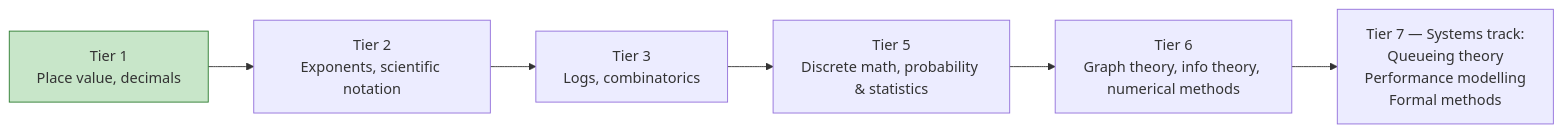
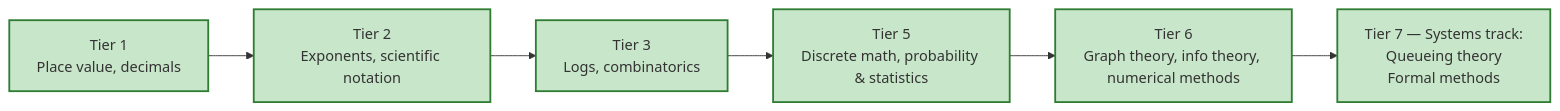
One commit to rajeshpillai/applied-maths changed the diagram in applied-bridges/systems.qmd. Above: the diagram before and after it, drawn with Mermaid. The commit also changed other lines of this file and 5 other files, not shown here.

````diff
--- a/applied-bridges/systems.qmd
+++ b/applied-bridges/systems.qmd
@@ -21,11 +21,11 @@
 ```{mermaid}
 flowchart LR
     A[Tier 1<br/>Place value, decimals] --> B[Tier 2<br/>Exponents, scientific notation]
     B --> C[Tier 3<br/>Logs, combinatorics]
     C --> D[Tier 5<br/>Discrete math, probability & statistics]
     D --> E[Tier 6<br/>Graph theory, info theory, numerical methods]
-    E --> F[Tier 7 — Systems track:<br/>Queueing theory<br/>Performance modelling<br/>Formal methods]
+    E --> F[Tier 7 — Systems track:<br/>Queueing theory<br/>Formal methods]
 
-    classDef built fill:#c8e6c9,stroke:#2e7d32
-    class A built
+    classDef built fill:#c8e6c9,stroke:#2e7d32,stroke-width:2px
+    class A,B,C,D,E,F built
 ```
````
